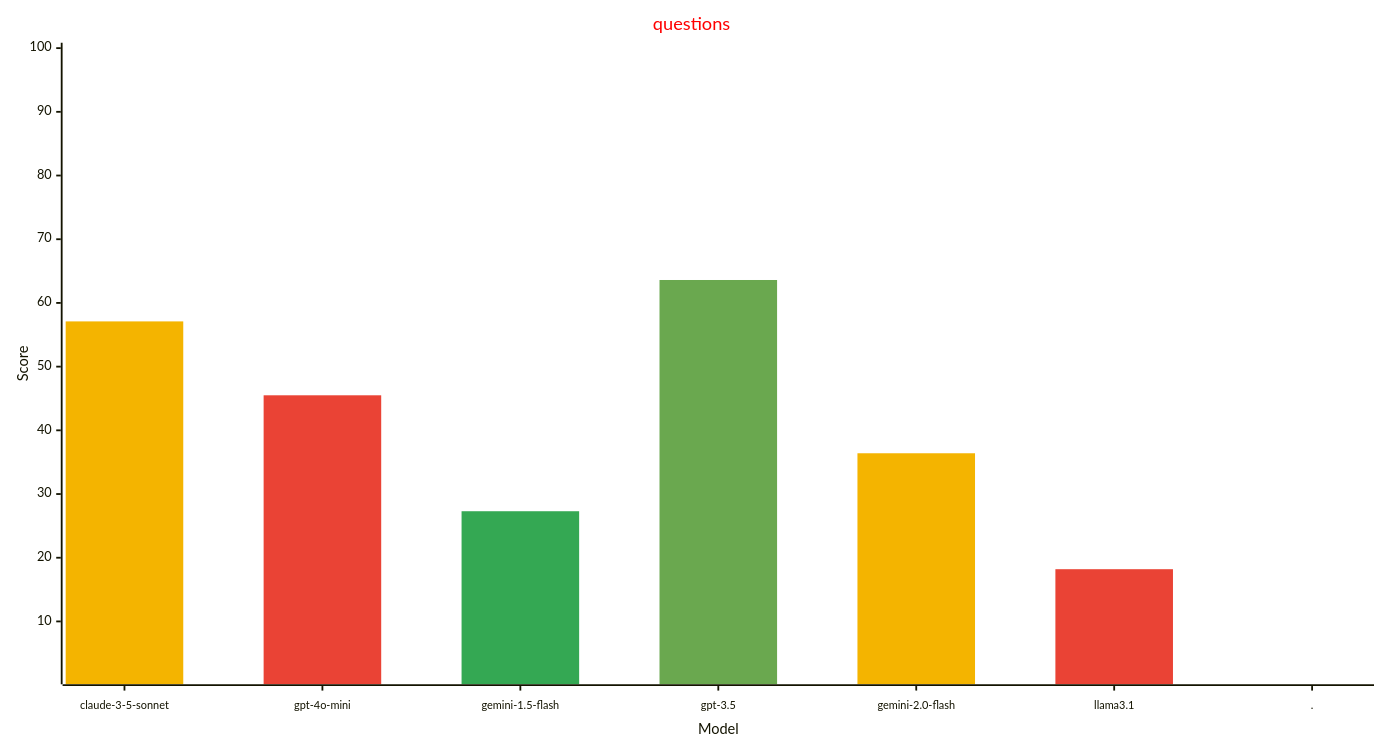
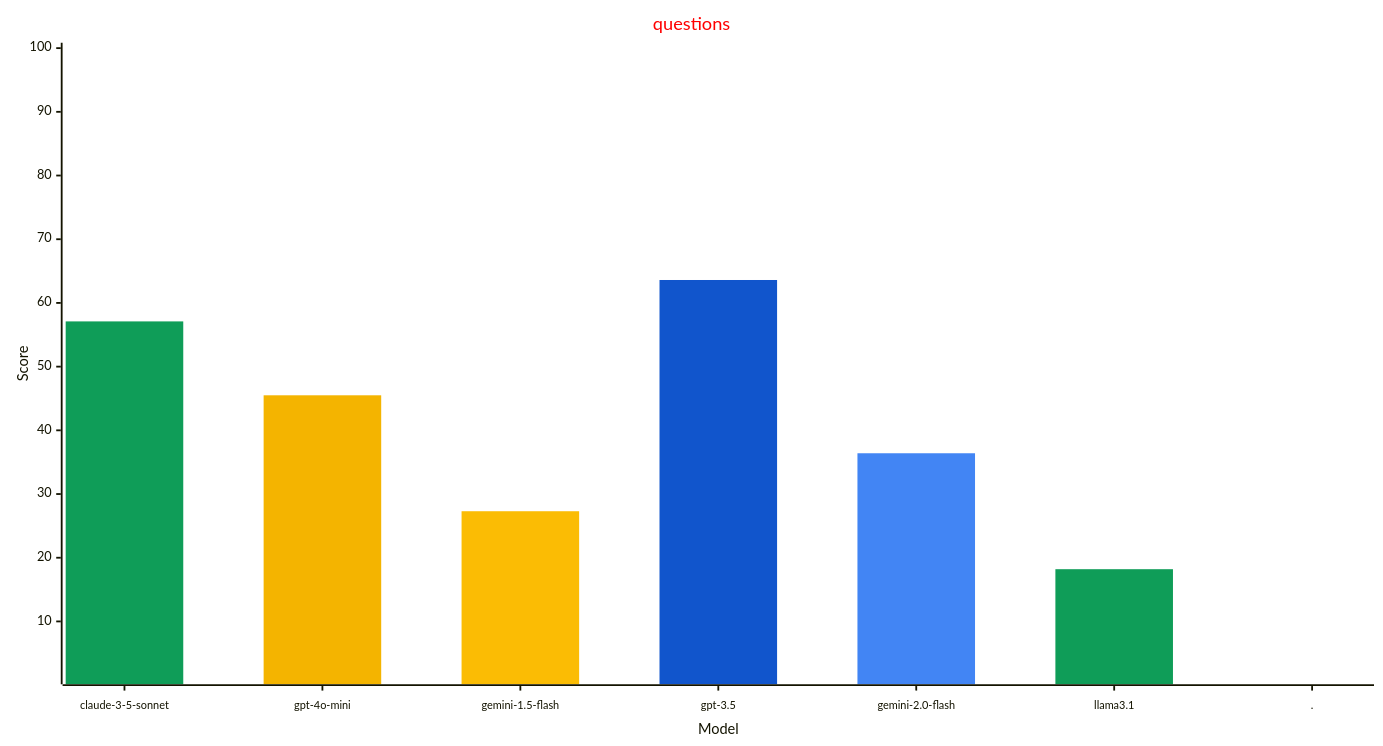
Before and after one commit to allenporter/home-assistant-datasets: the fourth of 4 diagrams in reports/README.md, drawn with Mermaid. The commit also changed other lines of this file and 3 other files, not shown here.

````diff
--- a/reports/README.md
+++ b/reports/README.md
@@ -197,27 +186,27 @@
 ```mermaid
 ---
 config:
     xyChart:
         width: 1500
         height: 800
         xAxis:
           labelFontSize: 12
           labelPadding: 8
     themeVariables:
         xyChart:
             titleColor: "#ff0000"
-            plotColorPalette: "#f4b400, #ea4335, #34a853, #6aa84f, #f4b400, #ea4335, #4285f4"
+            plotColorPalette: "#0f9d58, #f4b400, #fbbc04, #1155cc, #4285f4, #0f9d58, #4285f4"
 
 ---
 xychart-beta
   title "questions"
   x-axis "Model" [claude-3-5-sonnet, gpt-4o-mini, gemini-1.5-flash, gpt-3.5, gemini-2.0-flash, llama3.1, .]
   y-axis "Score" 1 --> 100
   bar [57.1, 0.0, 0.0, 0.0, 0.0, 0.0, 0.0]
   bar [0.0, 45.5, 0.0, 0.0, 0.0, 0.0, 0.0]
   bar [0.0, 0.0, 27.3, 0.0, 0.0, 0.0, 0.0]
   bar [0.0, 0.0, 0.0, 63.6, 0.0, 0.0, 0.0]
   bar [0.0, 0.0, 0.0, 0.0, 36.4, 0.0, 0.0]
   bar [0.0, 0.0, 0.0, 0.0, 0.0, 18.2, 0.0]
   bar [0.0, 0.0, 0.0, 0.0, 0.0, 0.0, -1.0]
 ```
````
